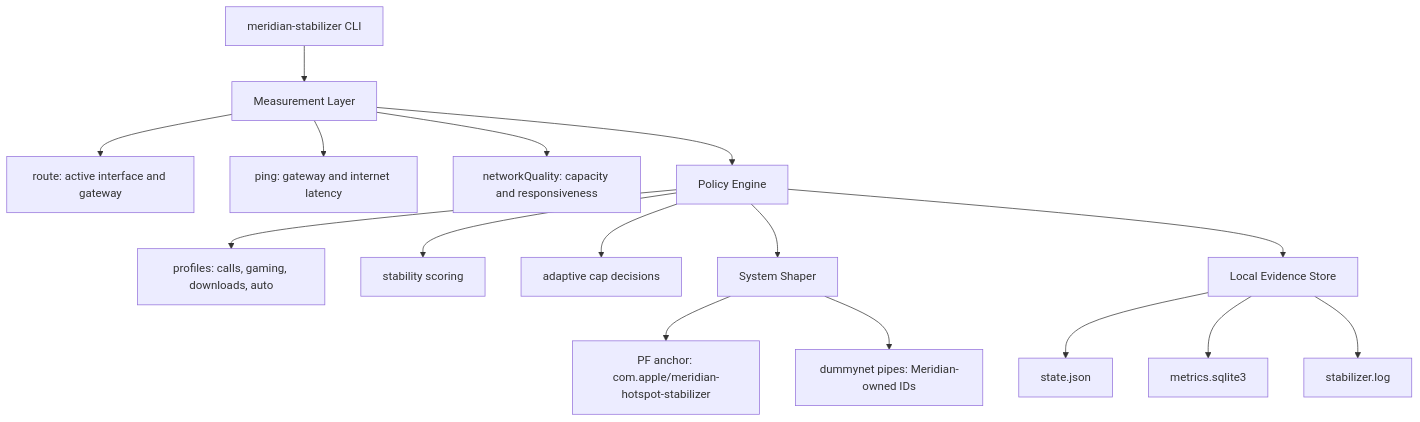
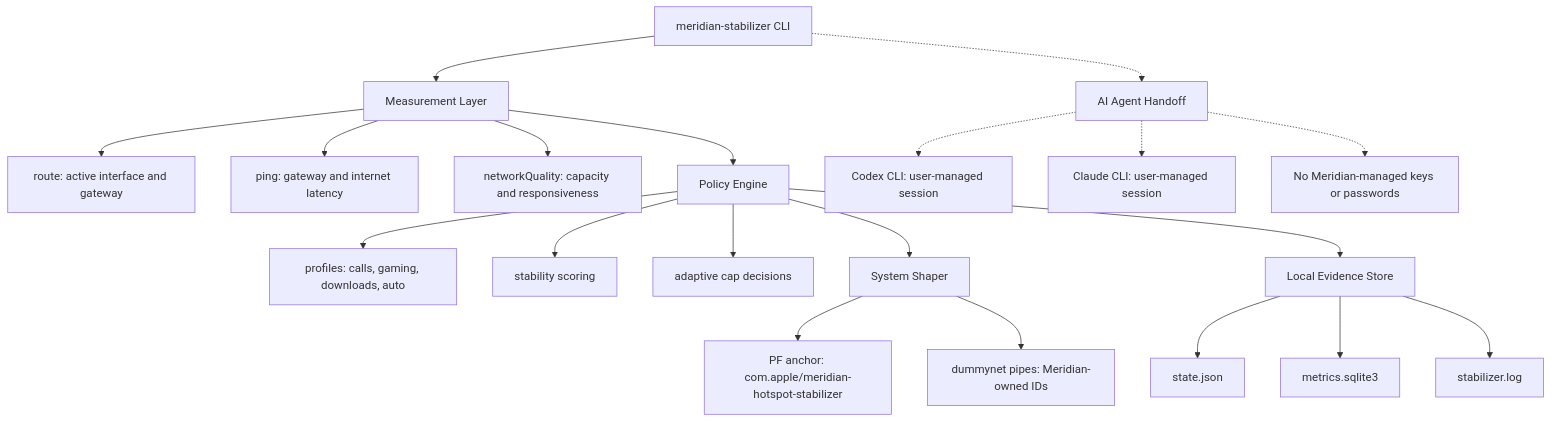
One commit to benchbrex-USA/Meridian-Hotspot-Stabilizer changed the diagram in README.md. Above: the diagram before and after it, drawn with Mermaid. The commit also changed other lines of this file and 3 other files, not shown here.

Commit message:
add AI agent handoff

````diff
--- a/README.md
+++ b/README.md
@@ -41,18 +42,22 @@
 ```mermaid
 flowchart TD
     A["meridian-stabilizer CLI"] --> B["Measurement Layer"]
     B --> B1["route: active interface and gateway"]
     B --> B2["ping: gateway and internet latency"]
     B --> B3["networkQuality: capacity and responsiveness"]
     B --> C["Policy Engine"]
     C --> C1["profiles: calls, gaming, downloads, auto"]
     C --> C2["stability scoring"]
     C --> C3["adaptive cap decisions"]
     C --> D["System Shaper"]
     D --> D1["PF anchor: com.apple/meridian-hotspot-stabilizer"]
     D --> D2["dummynet pipes: Meridian-owned IDs"]
     C --> E["Local Evidence Store"]
     E --> E1["state.json"]
     E --> E2["metrics.sqlite3"]
     E --> E3["stabilizer.log"]
+    A -.-> F["AI Agent Handoff"]
+    F -.-> F1["Codex CLI: user-managed session"]
+    F -.-> F2["Claude CLI: user-managed session"]
+    F -.-> F3["No Meridian-managed keys or passwords"]
 ```
````
